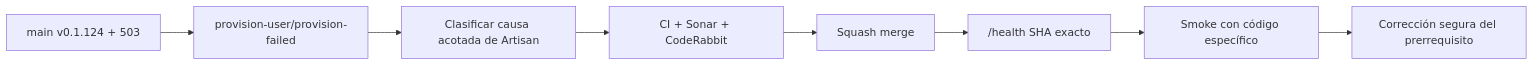
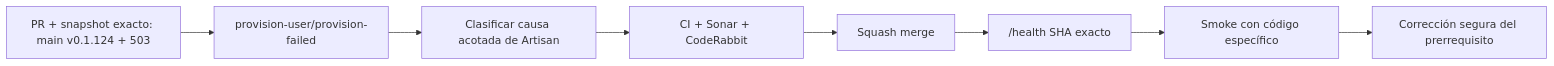
One commit to pl0n3r/GrindFlow changed the diagram in README.md. Above: the diagram before and after it, drawn with Mermaid. The commit also changed other lines of this file and 2 other files, not shown here.

Commit message:
fix(ci): reiniciar código efímero con config set y restaurar contrato README

````diff
--- a/README.md
+++ b/README.md
@@ -47,10 +47,10 @@
 ```mermaid
 flowchart LR
- A["main v0.1.124 + 503"] --> B["provision-user/provision-failed"]
+ A["PR + snapshot exacto: main v0.1.124 + 503"] --> B["provision-user/provision-failed"]
  B --> C["Clasificar causa acotada de Artisan"]
  C --> D["CI + Sonar + CodeRabbit"]
  D --> M["Squash merge"]
  M --> X["/health SHA exacto"]
  X --> S["Smoke con código específico"]
  S --> G["Corrección segura del prerrequisito"]
 ```
````
